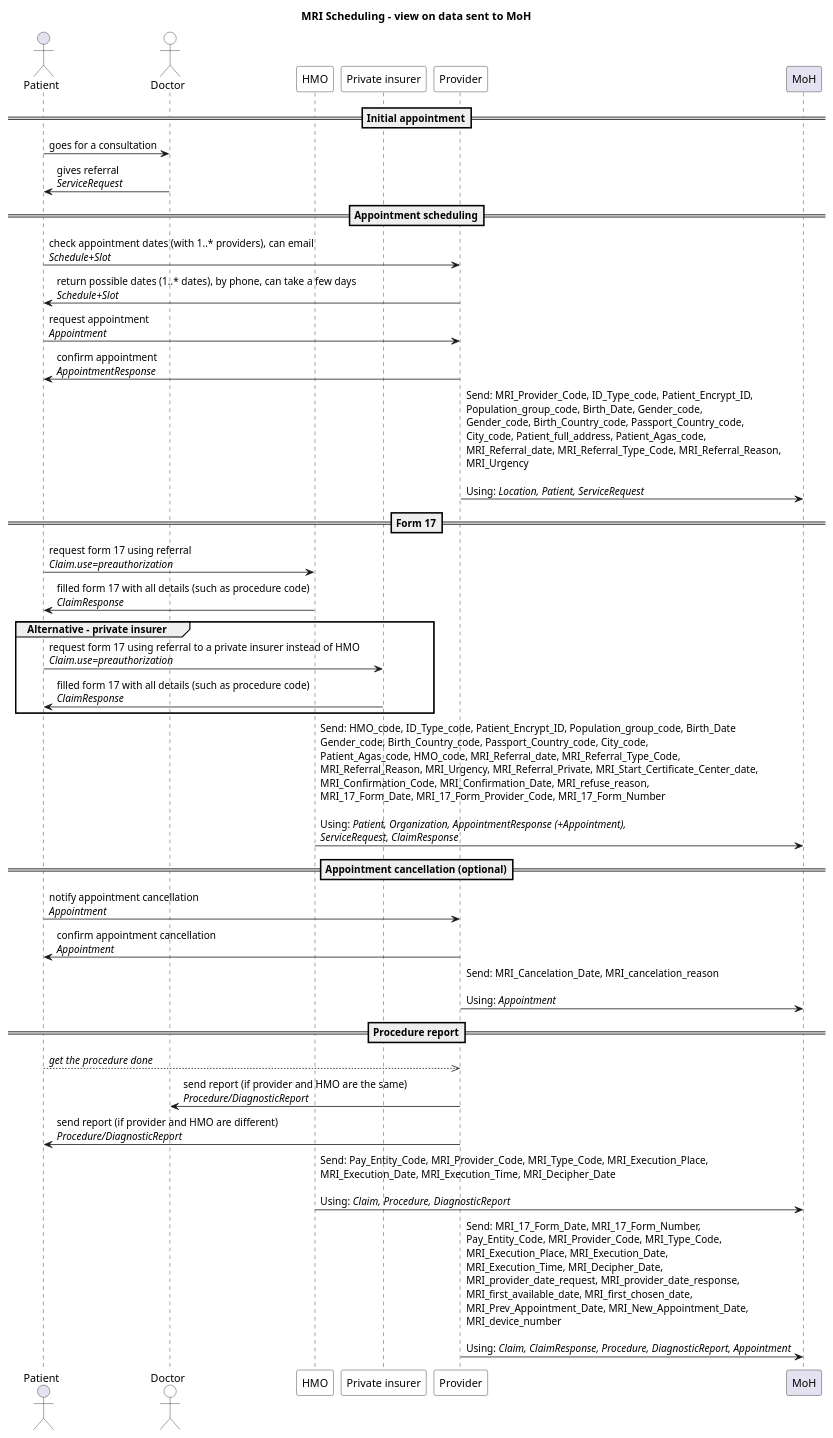
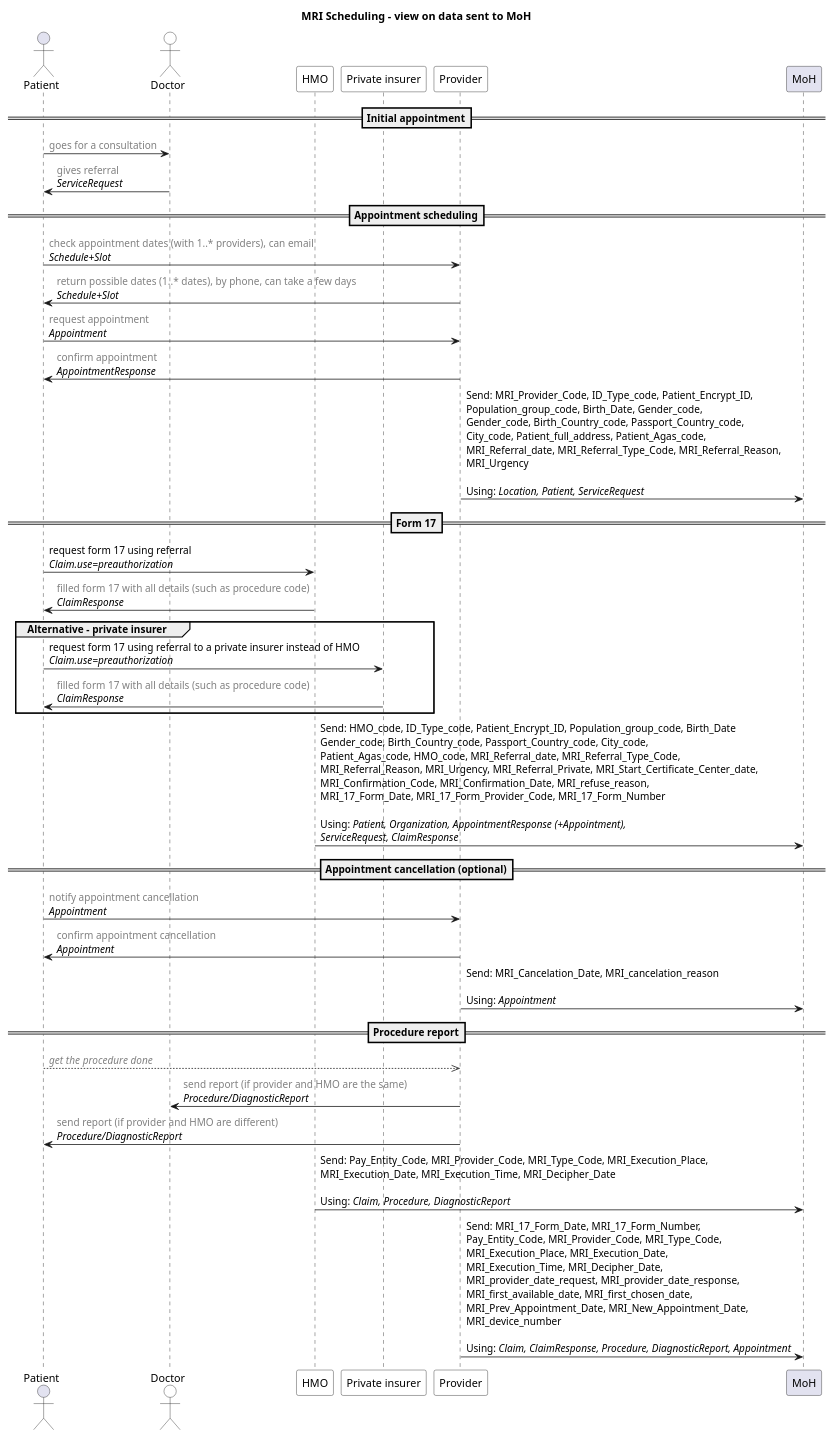
One commit to vadi2/MRI-Scheduling changed the diagram in input/images-source/workflow-with-moh.plantuml. Above: the diagram before and after it, drawn with PlantUML. The commit also changed 3 other files, not shown here.

```diff
--- a/input/images-source/workflow-with-moh.plantuml
+++ b/input/images-source/workflow-with-moh.plantuml
@@ -1,51 +1,51 @@
 @startuml
 'see documentation at https://plantuml.com/sequence-diagram
 
 title "MRI Scheduling - view on data sent to MoH"
 
 actor Patient
 actor Doctor #white
 participant HMO #white 
 participant "Private insurer" #white
 participant Provider #white
 participant MoH
 
 == Initial appointment==
-Patient -> Doctor: goes for a consultation
-Doctor -> Patient: gives referral\n//ServiceRequest//
+Patient -> Doctor: <color #grey>goes for a consultation
+Doctor -> Patient: <color #grey>gives referral\n//ServiceRequest//
 
 == Appointment scheduling==
-Patient -> Provider: check appointment dates (with 1..* providers), can email\n//Schedule+Slot//
-Provider -> Patient: return possible dates (1..* dates), by phone, can take a few days\n//Schedule+Slot//
-Patient -> Provider: request appointment\n//Appointment//
-Provider -> Patient: confirm appointment\n//AppointmentResponse//
+Patient -> Provider: <color #grey>check appointment dates (with 1..* providers), can email\n//Schedule+Slot//
+Provider -> Patient: <color #grey>return possible dates (1..* dates), by phone, can take a few days\n//Schedule+Slot//
+Patient -> Provider: <color #grey>request appointment\n//Appointment//
+Provider -> Patient: <color #grey>confirm appointment\n//AppointmentResponse//
 
 Provider -> MoH: Send: MRI_Provider_Code, ID_Type_code, Patient_Encrypt_ID, \nPopulation_group_code, Birth_Date, Gender_code, \nGender_code, Birth_Country_code, Passport_Country_code, \nCity_code, Patient_full_address, Patient_Agas_code, \nMRI_Referral_date, MRI_Referral_Type_Code, MRI_Referral_Reason, \nMRI_Urgency\n\nUsing: //Location, Patient, ServiceRequest//
 
 == Form 17==
 Patient -> HMO: request form 17 using referral\n//Claim.use=preauthorization//
-HMO -> Patient: filled form 17 with all details (such as procedure code)\n//ClaimResponse//
+HMO -> Patient: <color #grey>filled form 17 with all details (such as procedure code)\n//ClaimResponse//
 
 Group Alternative - private insurer
   Patient -> "Private insurer": request form 17 using referral to a private insurer instead of HMO\n//Claim.use=preauthorization//
-  "Private insurer" -> Patient: filled form 17 with all details (such as procedure code)\n//ClaimResponse//
+  "Private insurer" -> Patient: <color #grey>filled form 17 with all details (such as procedure code)\n//ClaimResponse//
 end
 
 HMO -> MoH: Send: HMO_code, ID_Type_code, Patient_Encrypt_ID, Population_group_code, Birth_Date \nGender_code, Birth_Country_code, Passport_Country_code, City_code, \nPatient_Agas_code, HMO_code, MRI_Referral_date, MRI_Referral_Type_Code, \nMRI_Referral_Reason, MRI_Urgency, MRI_Referral_Private, MRI_Start_Certificate_Center_date,  \nMRI_Confirmation_Code, MRI_Confirmation_Date, MRI_refuse_reason, \nMRI_17_Form_Date, MRI_17_Form_Provider_Code, MRI_17_Form_Number \n\nUsing: //Patient, Organization, AppointmentResponse (+Appointment), //\n//ServiceRequest, ClaimResponse//
 
 == Appointment cancellation (optional)==
-Patient -> Provider: notify appointment cancellation\n//Appointment//
-Provider -> Patient: confirm appointment cancellation\n//Appointment//
+Patient -> Provider: <color #grey>notify appointment cancellation\n//Appointment//
+Provider -> Patient: <color #grey>confirm appointment cancellation\n//Appointment//
 
 Provider -> MoH: Send: MRI_Cancelation_Date, MRI_cancelation_reason \n\nUsing: //Appointment//
 
 == Procedure report==
-Patient -->> Provider: //get the procedure done//
-Provider -> Doctor: send report (if provider and HMO are the same)\n//Procedure/DiagnosticReport//
-Provider -> Patient: send report (if provider and HMO are different)\n//Procedure/DiagnosticReport//
+Patient -->> Provider: <color #grey>//get the procedure done//
+Provider -> Doctor: <color #grey>send report (if provider and HMO are the same)\n//Procedure/DiagnosticReport//
+Provider -> Patient: <color #grey>send report (if provider and HMO are different)\n//Procedure/DiagnosticReport//
 
 HMO -> MoH: Send: Pay_Entity_Code, MRI_Provider_Code, MRI_Type_Code, MRI_Execution_Place, \nMRI_Execution_Date, MRI_Execution_Time, MRI_Decipher_Date \n\nUsing: //Claim, Procedure, DiagnosticReport//
 
 Provider -> MoH: Send: MRI_17_Form_Date, MRI_17_Form_Number, \nPay_Entity_Code, MRI_Provider_Code, MRI_Type_Code, \nMRI_Execution_Place, MRI_Execution_Date, \nMRI_Execution_Time, MRI_Decipher_Date, \nMRI_provider_date_request, MRI_provider_date_response, \nMRI_first_available_date, MRI_first_chosen_date, \nMRI_Prev_Appointment_Date, MRI_New_Appointment_Date, \nMRI_device_number  \n\nUsing: //Claim, ClaimResponse, Procedure, DiagnosticReport, Appointment//
 
 @enduml
```
